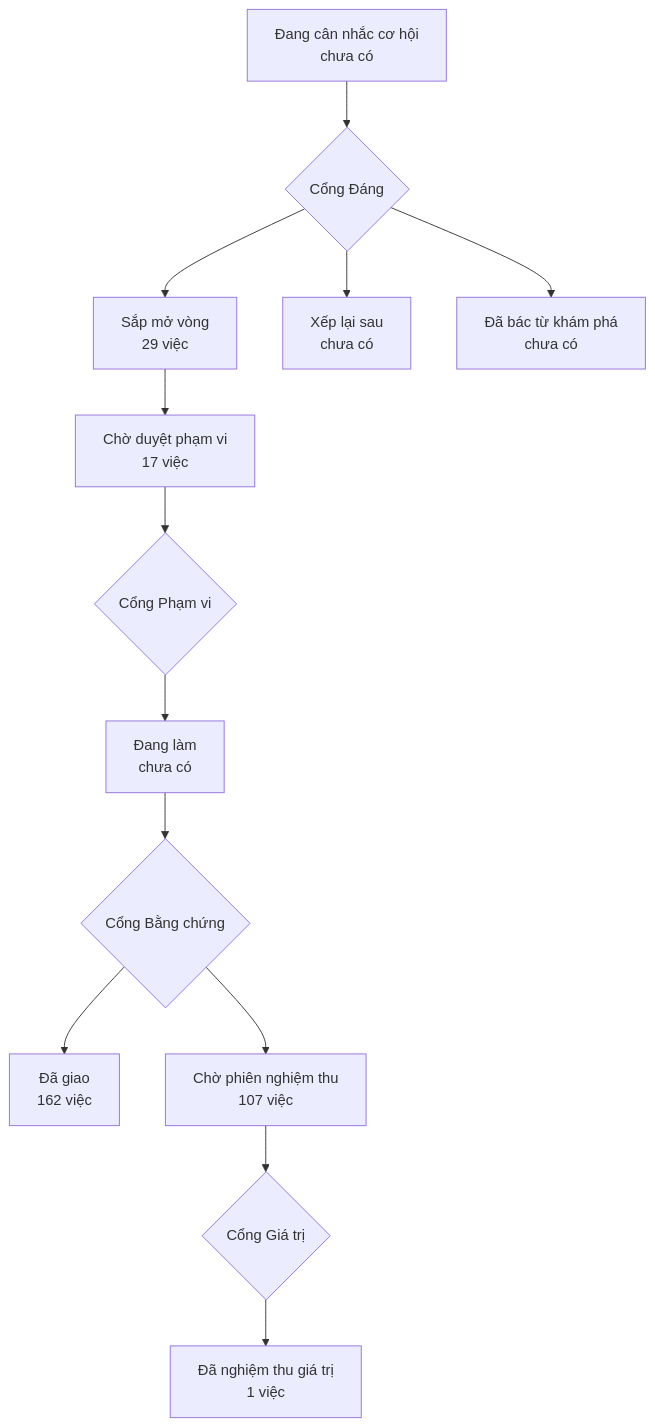
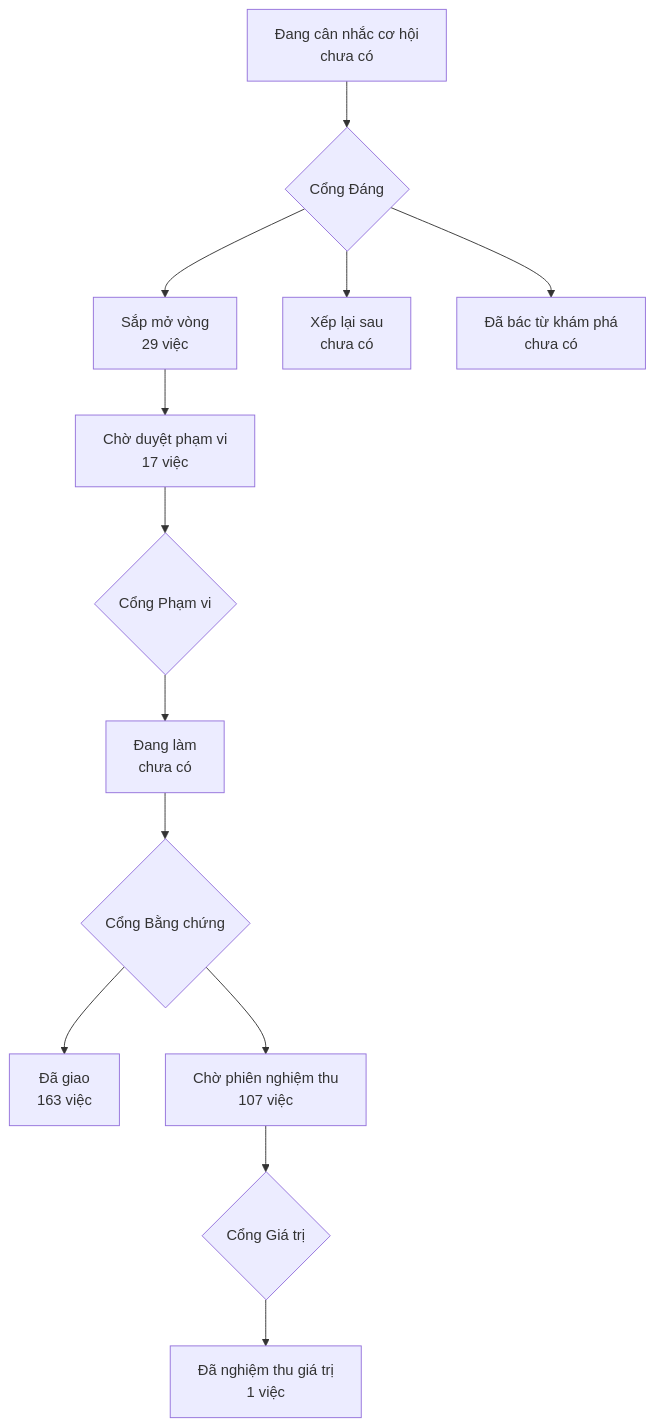
One commit to phanlemanh/onehub-invest changed the diagram in PRODUCT-MAP.md. Above: the diagram before and after it, drawn with Mermaid. The commit also changed other lines of this file and 1 other file, not shown here.

Commit message:
docs: vẽ lại PRODUCT-MAP và LO-TRINH sau gộp main (thuoc-song-song-dem-theo-ten-ca signed-off)

````diff
--- a/PRODUCT-MAP.md
+++ b/PRODUCT-MAP.md
@@ -7,12 +7,12 @@
 ```mermaid
 flowchart TD
   A["Đang cân nhắc cơ hội<br/>chưa có"] --> GD{"Cổng Đáng"}
   GD --> B["Sắp mở vòng<br/>29 việc"]
   GD --> XL["Xếp lại sau<br/>chưa có"]
   GD --> DB["Đã bác từ khám phá<br/>chưa có"]
   B --> CD["Chờ duyệt phạm vi<br/>17 việc"] --> GP{"Cổng Phạm vi"}
   GP --> DL["Đang làm<br/>chưa có"] --> GB{"Cổng Bằng chứng"}
-  GB --> DG["Đã giao<br/>162 việc"]
+  GB --> DG["Đã giao<br/>163 việc"]
   GB --> CN["Chờ phiên nghiệm thu<br/>107 việc"] --> GG{"Cổng Giá trị"}
   GG --> NT["Đã nghiệm thu giá trị<br/>1 việc"]
 ```
````
